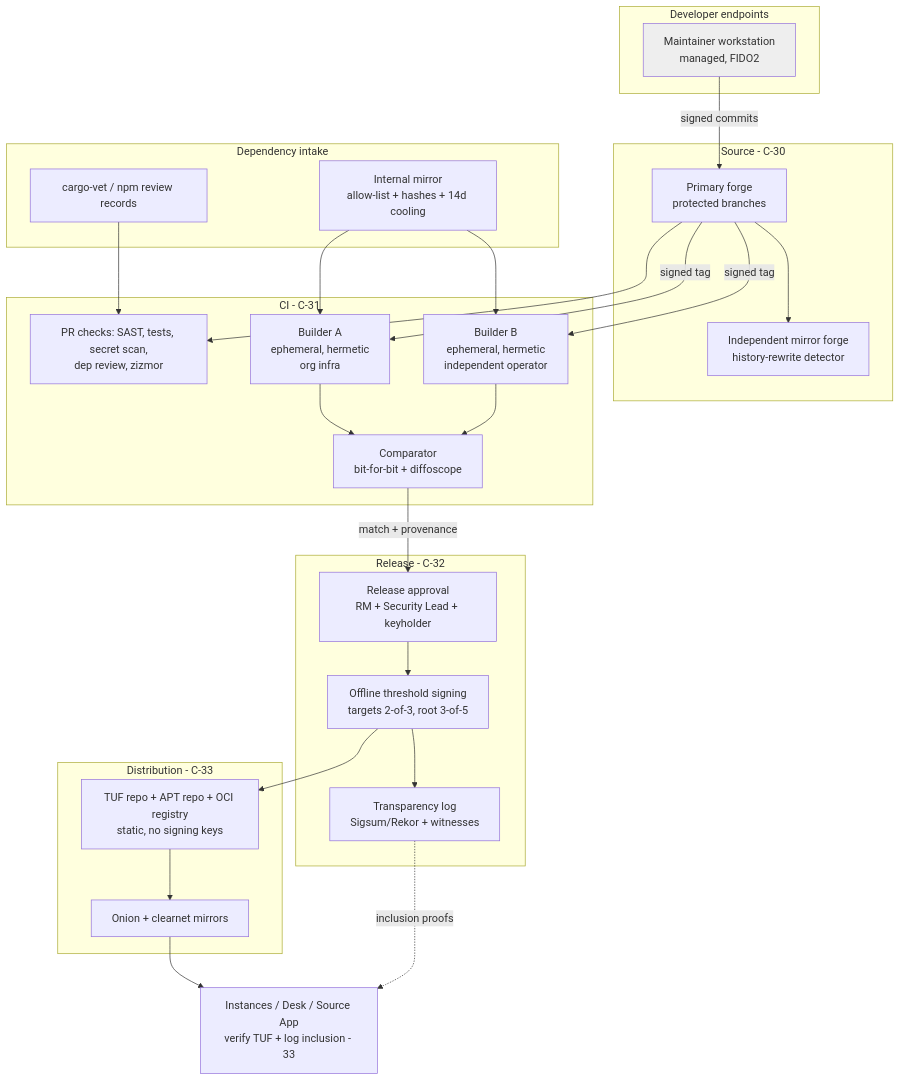
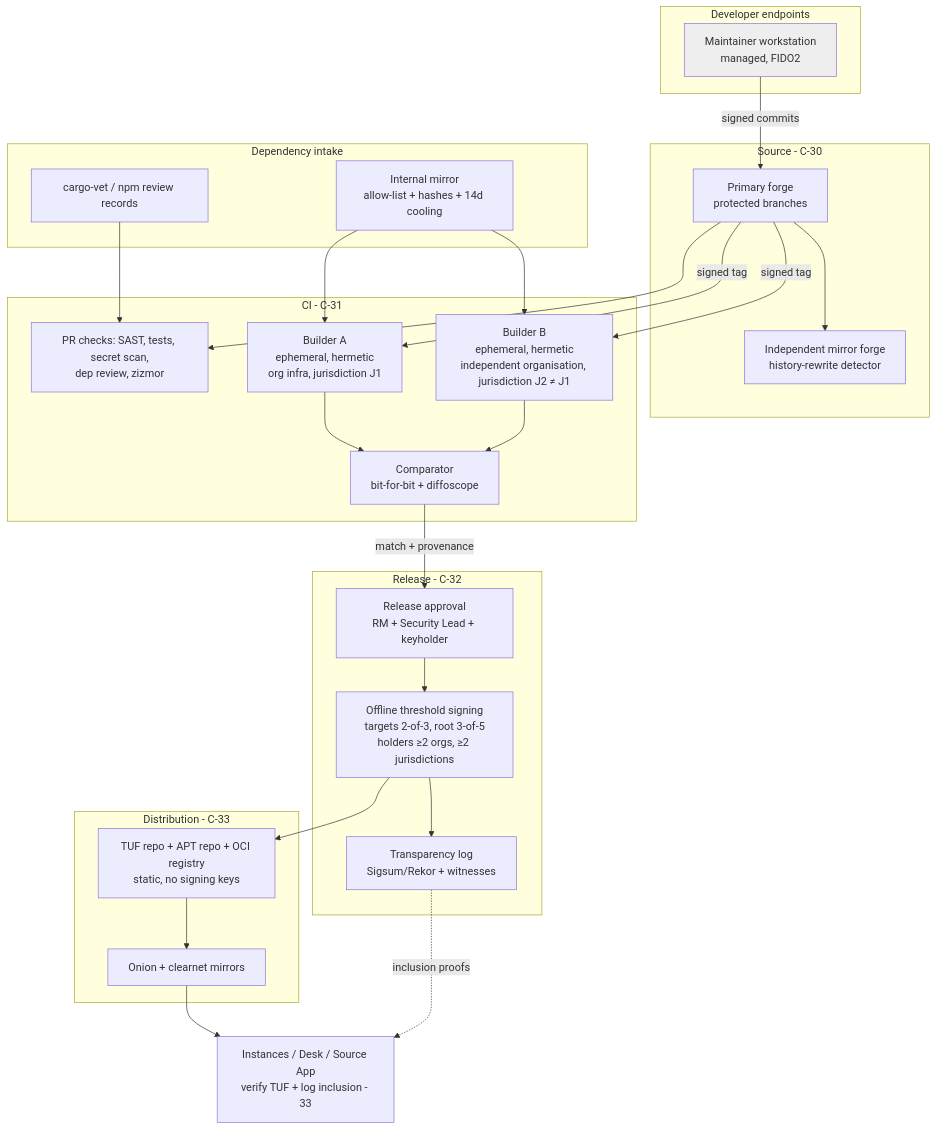
The diagram in specs/28-SUPPLY-CHAIN.md (djshellshoxxx/leaks), drawn with Mermaid before and after one commit. The commit also changed other lines of this file and 13 other files, not shown here.

````diff
--- a/specs/28-SUPPLY-CHAIN.md
+++ b/specs/28-SUPPLY-CHAIN.md
@@ -36,41 +36,41 @@
 ```mermaid
 flowchart TB
   subgraph DEV[Developer endpoints]
     D1[Maintainer workstation<br/>managed, FIDO2]:::n
   end
   subgraph SRC[Source - C-30]
     F1[Primary forge<br/>protected branches]
     F2[Independent mirror forge<br/>history-rewrite detector]
   end
   subgraph DEPS[Dependency intake]
     M1[Internal mirror<br/>allow-list + hashes + 14d cooling]
     V1[cargo-vet / npm review records]
   end
   subgraph CI[CI - C-31]
     C1[PR checks: SAST, tests, secret scan,<br/>dep review, zizmor]
-    BA[Builder A<br/>ephemeral, hermetic<br/>org infra]
-    BB[Builder B<br/>ephemeral, hermetic<br/>independent operator]
+    BA[Builder A<br/>ephemeral, hermetic<br/>org infra, jurisdiction J1]
+    BB[Builder B<br/>ephemeral, hermetic<br/>independent organisation, jurisdiction J2 ≠ J1]
     CMP[Comparator<br/>bit-for-bit + diffoscope]
   end
   subgraph REL[Release - C-32]
     AP[Release approval<br/>RM + Security Lead + keyholder]
-    TS[Offline threshold signing<br/>targets 2-of-3, root 3-of-5]
+    TS[Offline threshold signing<br/>targets 2-of-3, root 3-of-5<br/>holders ≥2 orgs, ≥2 jurisdictions]
     TL[Transparency log<br/>Sigsum/Rekor + witnesses]
   end
   subgraph DIST[Distribution - C-33]
     R1[TUF repo + APT repo + OCI registry<br/>static, no signing keys]
     R2[Onion + clearnet mirrors]
   end
   I[Instances / Desk / Source App<br/>verify TUF + log inclusion - 33]
   D1 -->|signed commits| F1 --> F2
   F1 --> C1
   M1 --> BA & BB
   V1 --> C1
   F1 -->|signed tag| BA & BB
   BA --> CMP
   BB --> CMP
   CMP -->|match + provenance| AP --> TS --> TL
   TS --> R1 --> R2 --> I
   TL -.inclusion proofs.-> I
   classDef n fill:#eee
 ```
````
